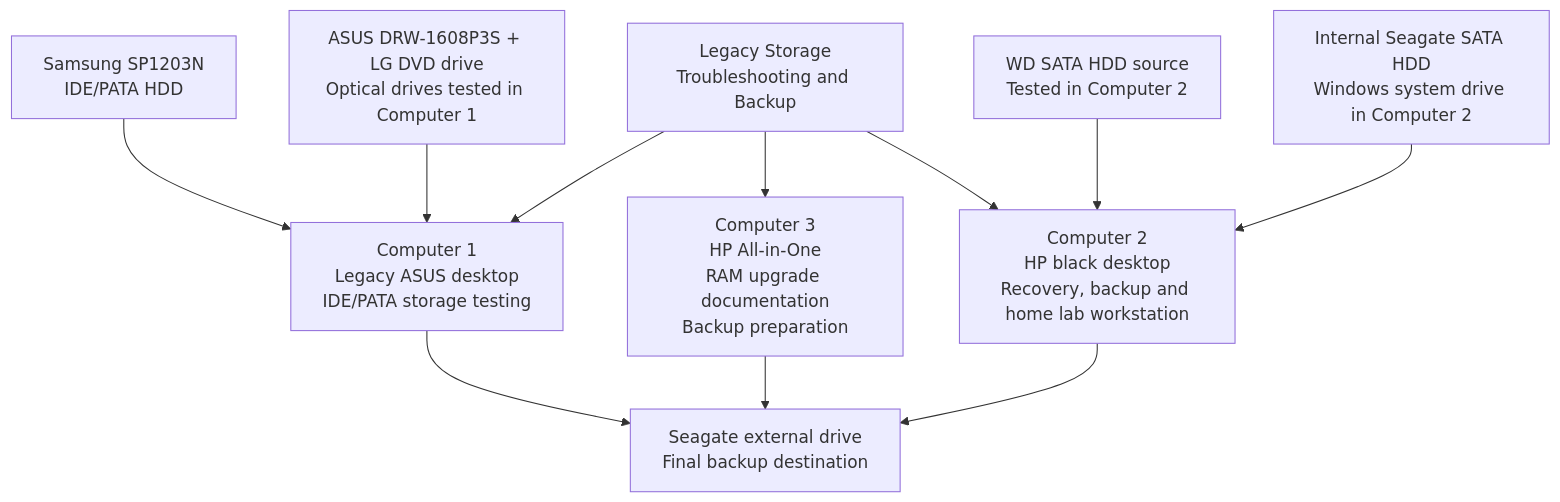
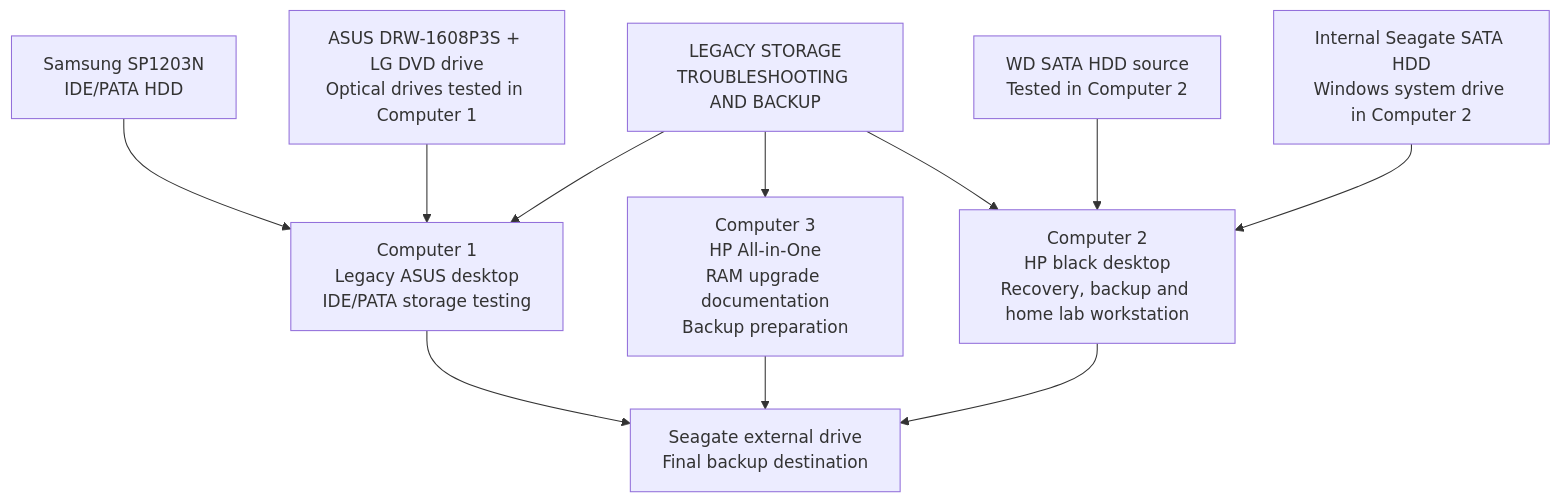
The first of 5 diagrams in PROJECTS/07-home-lab-documentation/diagrams/lab-environment-overview.md (aang81a/my-it-support-portfolio), drawn with Mermaid before and after one commit.

````diff
--- a/PROJECTS/07-home-lab-documentation/diagrams/lab-environment-overview.md
+++ b/PROJECTS/07-home-lab-documentation/diagrams/lab-environment-overview.md
@@ -9,31 +9,31 @@
 ```mermaid
 flowchart TB
 
-    TITLE["Legacy Storage<br/>Troubleshooting and Backup"]
+    TITLE["LEGACY STORAGE<br/>TROUBLESHOOTING AND BACKUP"]
 
     C1["Computer 1<br/>Legacy ASUS desktop<br/>IDE/PATA storage testing"]
     C3["Computer 3<br/>HP All-in-One<br/>RAM upgrade documentation<br/>Backup preparation"]
     C2["Computer 2<br/>HP black desktop<br/>Recovery, backup and home lab workstation"]
 
     Samsung["Samsung SP1203N<br/>IDE/PATA HDD"]
     Optical["ASUS DRW-1608P3S + LG DVD drive<br/>Optical drives tested in Computer 1"]
 
     WD["WD SATA HDD source<br/>Tested in Computer 2"]
     InternalSeagate["Internal Seagate SATA HDD<br/>Windows system drive in Computer 2"]
 
     ExternalSeagate["Seagate external drive<br/>Final backup destination"]
 
     TITLE --> C1
     TITLE --> C3
     TITLE --> C2
 
     Samsung --> C1
     Optical --> C1
 
     WD --> C2
     InternalSeagate --> C2
 
     C1 --> ExternalSeagate
     C3 --> ExternalSeagate
     C2 --> ExternalSeagate
 ```
````
